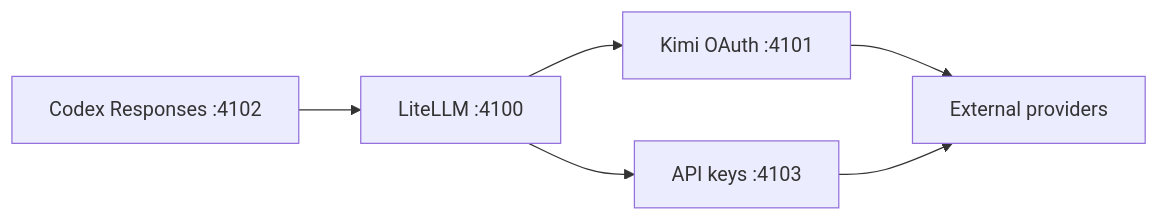
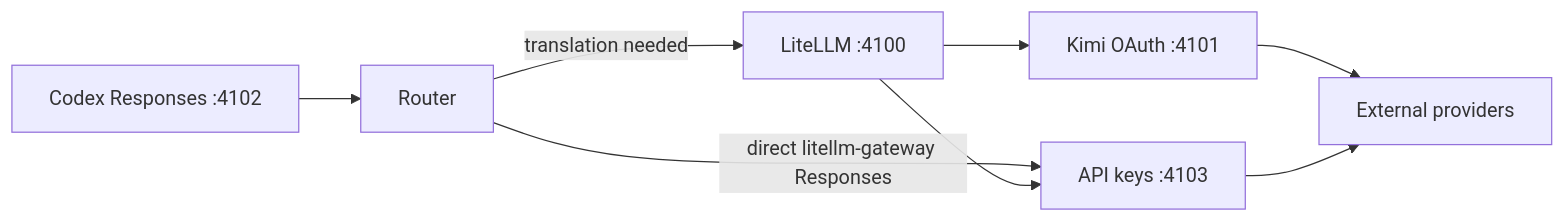
Before and after one commit to mavalko13/codex-router-litellm: the diagram in README.md, drawn with Mermaid. The commit also changed other lines of this file and 28 other files, not shown here.

````diff
--- a/README.md
+++ b/README.md
@@ -1134,8 +1163,10 @@
 ```mermaid
 flowchart LR
-  C["Codex Responses :4102"] --> L1["LiteLLM :4100"]
+  C["Codex Responses :4102"] --> R["Router"]
+  R -->|"direct litellm-gateway Responses"| A1["API keys :4103"]
+  R -->|"translation needed"| L1["LiteLLM :4100"]
   L1 --> K1["Kimi OAuth :4101"]
-  L1 --> A1["API keys :4103"]
+  L1 --> A1
   K1 --> P["External providers"]
   A1 --> P
 ```
````
